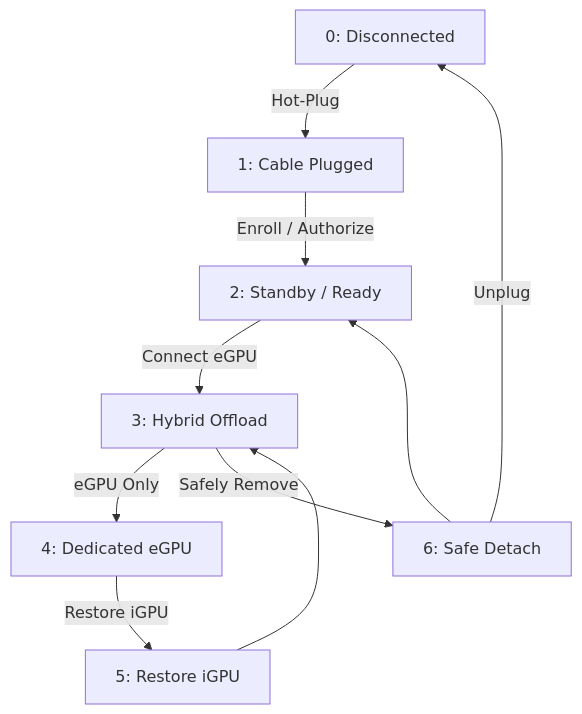
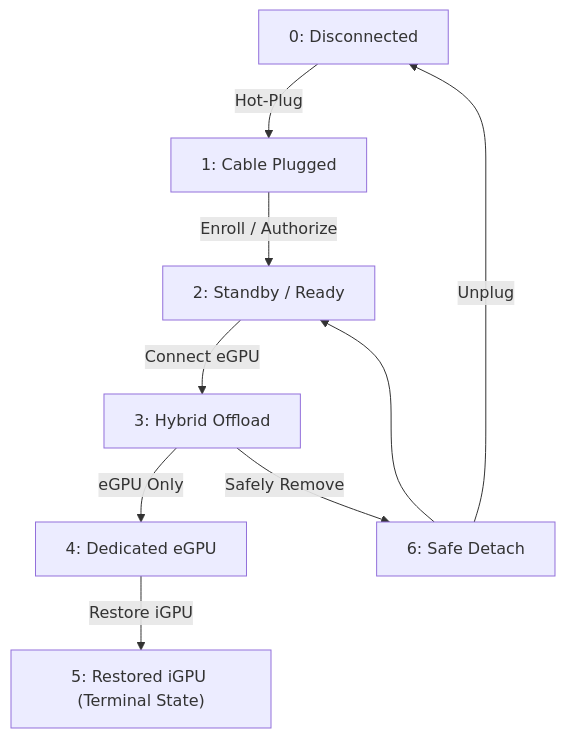
One commit to DamianKA1993/blackwell-egpu-manager changed the diagram in README.md. Above: the diagram before and after it, drawn with Mermaid.

````diff
--- a/README.md
+++ b/README.md
@@ -187,14 +187,13 @@
 ```mermaid
 graph TD
     M0["0: Disconnected"] -->|Hot-Plug| M1["1: Cable Plugged"]
     M1 -->|Enroll / Authorize| M2["2: Standby / Ready"]
     M2 -->|Connect eGPU| M3["3: Hybrid Offload"]
     
     M3 -->|eGPU Only| M4["4: Dedicated eGPU"]
-    M4 -->|Restore iGPU| M5["5: Restore iGPU"]
-    M5 --> M3
+    M4 -->|Restore iGPU| M5["5: Restored iGPU (Terminal State)"]
     
     M3 -->|Safely Remove| M6["6: Safe Detach"]
     M6 --> M2
     M6 -->|Unplug| M0
 ```
````
